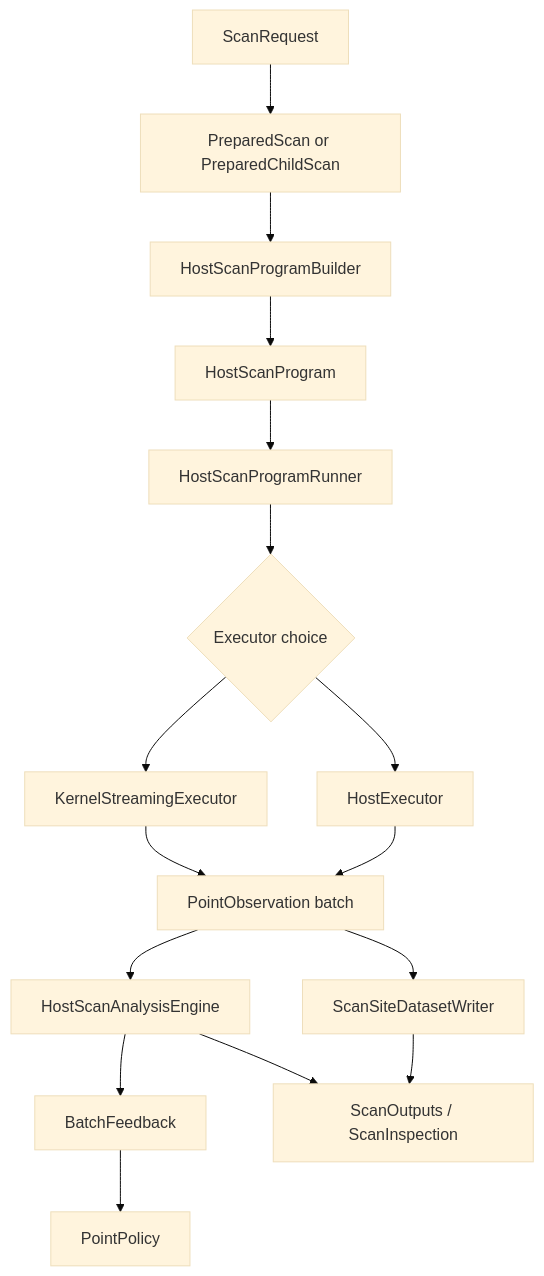
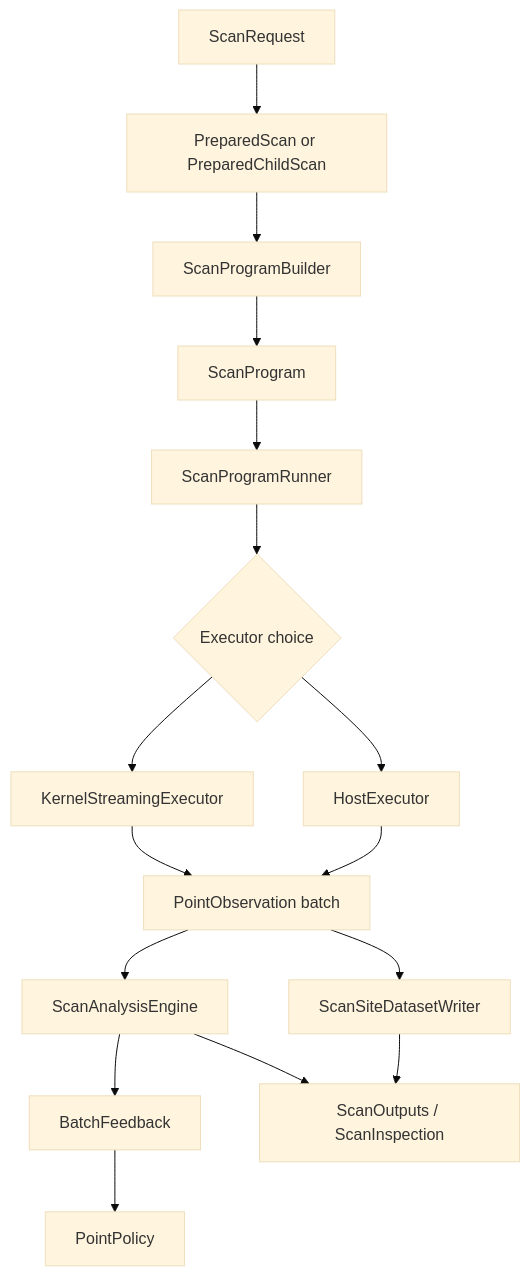
The second of 6 diagrams in PREPARED_RUNTIME_WALKTHROUGH.md (tomhepz/ndscan), drawn with Mermaid (base theme) before and after one commit. The commit also changed other lines of this file and 146 other files, not shown here.

````diff
--- a/PREPARED_RUNTIME_WALKTHROUGH.md
+++ b/PREPARED_RUNTIME_WALKTHROUGH.md
@@ -138,33 +138,33 @@
 ```mermaid
 flowchart TD
     REQ[ScanRequest]
     PREP[PreparedScan or PreparedChildScan]
-    BUILD[HostScanProgramBuilder]
-    PROG[HostScanProgram]
-    RUN[HostScanProgramRunner]
+    BUILD[ScanProgramBuilder]
+    PROG[ScanProgram]
+    RUN[ScanProgramRunner]
     EXEC{Executor choice}
     HOST[HostExecutor]
     KERN[KernelStreamingExecutor]
     OBS[PointObservation batch]
     WRITE[ScanSiteDatasetWriter]
-    ANALYSIS[HostScanAnalysisEngine]
+    ANALYSIS[ScanAnalysisEngine]
     FEEDBACK[BatchFeedback]
     POLICY[PointPolicy]
     OUT[ScanOutputs / ScanInspection]
 
     REQ --> PREP
     PREP --> BUILD
     BUILD --> PROG
     PROG --> RUN
     RUN --> EXEC
     EXEC --> HOST
     EXEC --> KERN
     HOST --> OBS
     KERN --> OBS
     OBS --> WRITE
     OBS --> ANALYSIS
     ANALYSIS --> FEEDBACK
     FEEDBACK --> POLICY
     WRITE --> OUT
     ANALYSIS --> OUT
 ```
````
